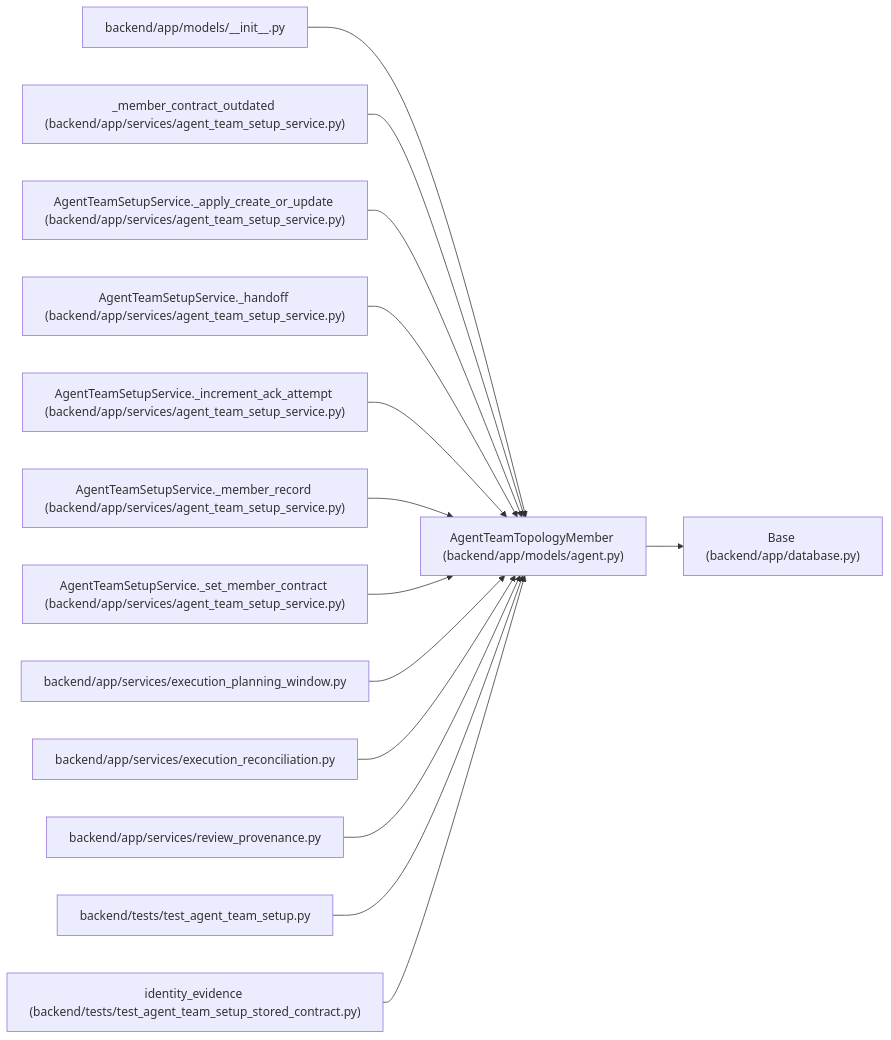
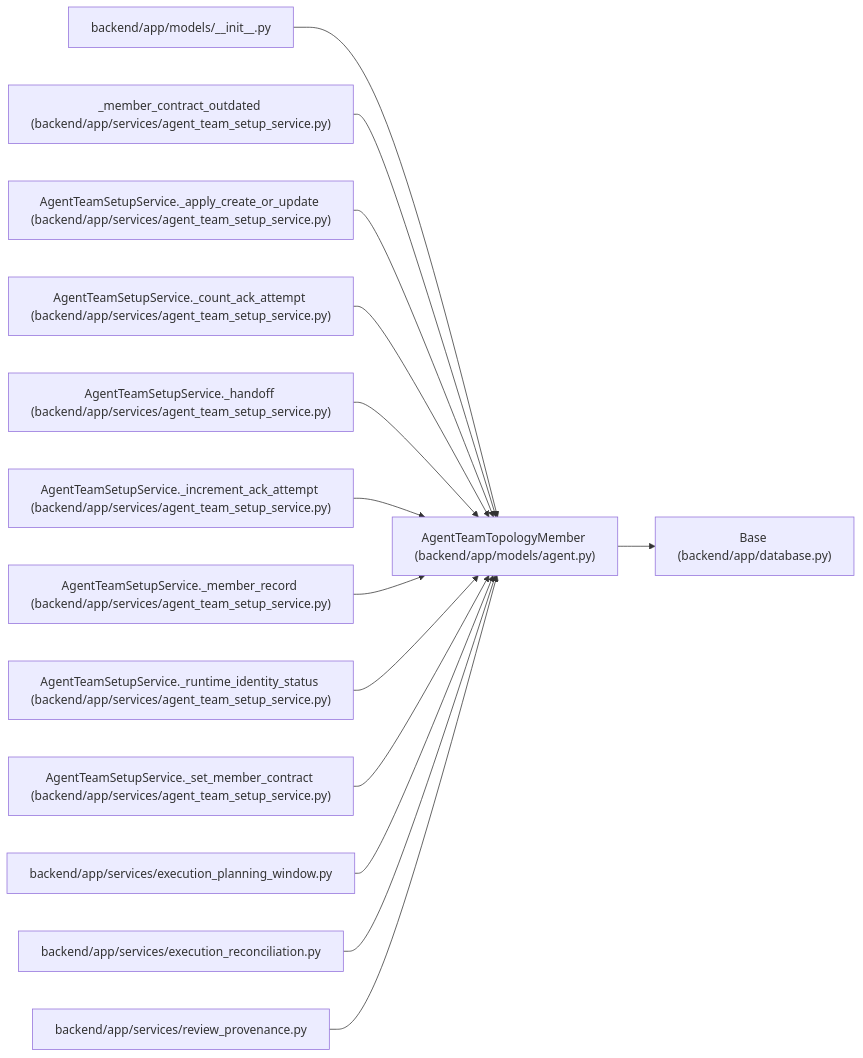
Before and after one commit to Denissvgn/WorkChord: the diagram in docs/llm_wiki/entities/AgentTeamTopologyMember.md, drawn with Mermaid. The commit also changed other lines of this file and 722 other files, not shown here.

Commit message:
Sync the architectural wiki for the onboarding runtime instance

````diff
--- a/docs/llm_wiki/entities/AgentTeamTopologyMember.md
+++ b/docs/llm_wiki/entities/AgentTeamTopologyMember.md
@@ -56,44 +62,44 @@
 ```mermaid
 flowchart LR
     n0["AgentTeamTopologyMember (backend/app/models/agent.py)"]
     n1["Base (backend/app/database.py)"]
     n2["backend/app/models/__init__.py"]
     n3["_member_contract_outdated (backend/app/services/agent_team_setup_service.py)"]
     n4["AgentTeamSetupService._apply_create_or_update (backend/app/services/agent_team_setup_service.py)"]
-    n5["AgentTeamSetupService._handoff (backend/app/services/agent_team_setup_service.py)"]
-    n6["AgentTeamSetupService._increment_ack_attempt (backend/app/services/agent_team_setup_service.py)"]
-    n7["AgentTeamSetupService._member_record (backend/app/services/agent_team_setup_service.py)"]
-    n8["AgentTeamSetupService._set_member_contract (backend/app/services/agent_team_setup_service.py)"]
-    n9["backend/app/services/execution_planning_window.py"]
-    n10["backend/app/services/execution_reconciliation.py"]
-    n11["backend/app/services/review_provenance.py"]
-    n12["backend/tests/test_agent_team_setup.py"]
-    n13["identity_evidence (backend/tests/test_agent_team_setup_stored_contract.py)"]
+    n5["AgentTeamSetupService._count_ack_attempt (backend/app/services/agent_team_setup_service.py)"]
+    n6["AgentTeamSetupService._handoff (backend/app/services/agent_team_setup_service.py)"]
+    n7["AgentTeamSetupService._increment_ack_attempt (backend/app/services/agent_team_setup_service.py)"]
+    n8["AgentTeamSetupService._member_record (backend/app/services/agent_team_setup_service.py)"]
+    n9["AgentTeamSetupService._runtime_identity_status (backend/app/services/agent_team_setup_service.py)"]
+    n10["AgentTeamSetupService._set_member_contract (backend/app/services/agent_team_setup_service.py)"]
+    n11["backend/app/services/execution_planning_window.py"]
+    n12["backend/app/services/execution_reconciliation.py"]
+    n13["backend/app/services/review_provenance.py"]
     n0 --> n1
     n2 --> n0
     n3 --> n0
     n4 --> n0
     n5 --> n0
     n6 --> n0
     n7 --> n0
     n8 --> n0
     n9 --> n0
     n10 --> n0
     n11 --> n0
     n12 --> n0
     n13 --> n0
     click n0 "../modules/models_agent.md"
     click n1 "../modules/app_database.md"
     click n2 "../modules/models___init__.md"
     click n3 "../modules/agent_team_setup_service.md"
     click n4 "../modules/agent_team_setup_service.md"
     click n5 "../modules/agent_team_setup_service.md"
     click n6 "../modules/agent_team_setup_service.md"
     click n7 "../modules/agent_team_setup_service.md"
     click n8 "../modules/agent_team_setup_service.md"
-    click n9 "../modules/execution_planning_window.md"
-    click n10 "../modules/execution_reconciliation.md"
-    click n11 "../modules/review_provenance.md"
-    click n12 "../modules/test_agent_team_setup.md"
-    click n13 "../modules/test_agent_team_setup_stored_contract.md"
+    click n9 "../modules/agent_team_setup_service.md"
+    click n10 "../modules/agent_team_setup_service.md"
+    click n11 "../modules/execution_planning_window.md"
+    click n12 "../modules/execution_reconciliation.md"
+    click n13 "../modules/review_provenance.md"
 ```
````
